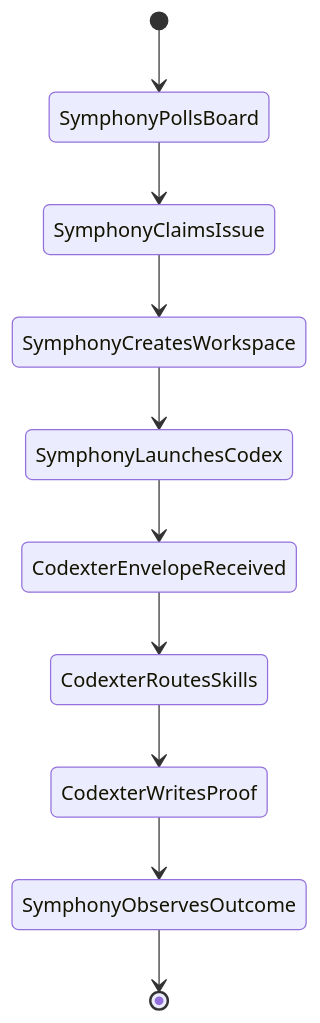
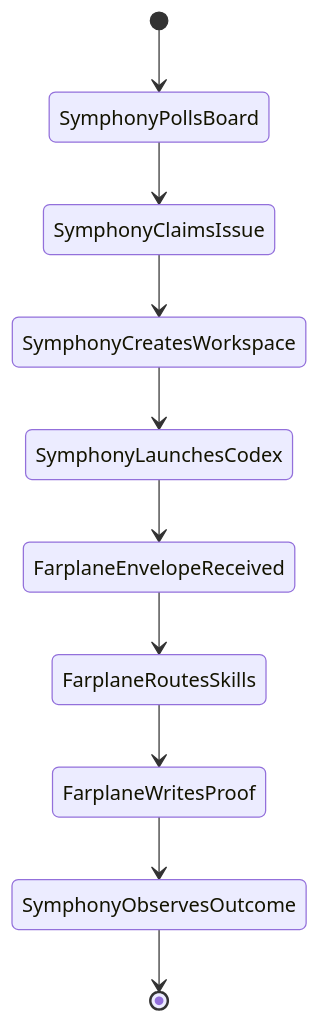
One commit to ZanarkandTechnologies/Farplane changed the fourth of 4 diagrams in docs/specs/board-compute-orchestration.md. Above: the diagram before and after it, drawn with Mermaid. The commit also changed other lines of this file and 1336 other files, not shown here.

````diff
--- a/docs/specs/board-compute-orchestration.md
+++ b/docs/specs/board-compute-orchestration.md
@@ -419,12 +419,12 @@
 ```mermaid
 stateDiagram-v2
   [*] --> SymphonyPollsBoard
   SymphonyPollsBoard --> SymphonyClaimsIssue
   SymphonyClaimsIssue --> SymphonyCreatesWorkspace
   SymphonyCreatesWorkspace --> SymphonyLaunchesCodex
-  SymphonyLaunchesCodex --> CodexterEnvelopeReceived
-  CodexterEnvelopeReceived --> CodexterRoutesSkills
-  CodexterRoutesSkills --> CodexterWritesProof
-  CodexterWritesProof --> SymphonyObservesOutcome
+  SymphonyLaunchesCodex --> FarplaneEnvelopeReceived
+  FarplaneEnvelopeReceived --> FarplaneRoutesSkills
+  FarplaneRoutesSkills --> FarplaneWritesProof
+  FarplaneWritesProof --> SymphonyObservesOutcome
   SymphonyObservesOutcome --> [*]
 ```
````
